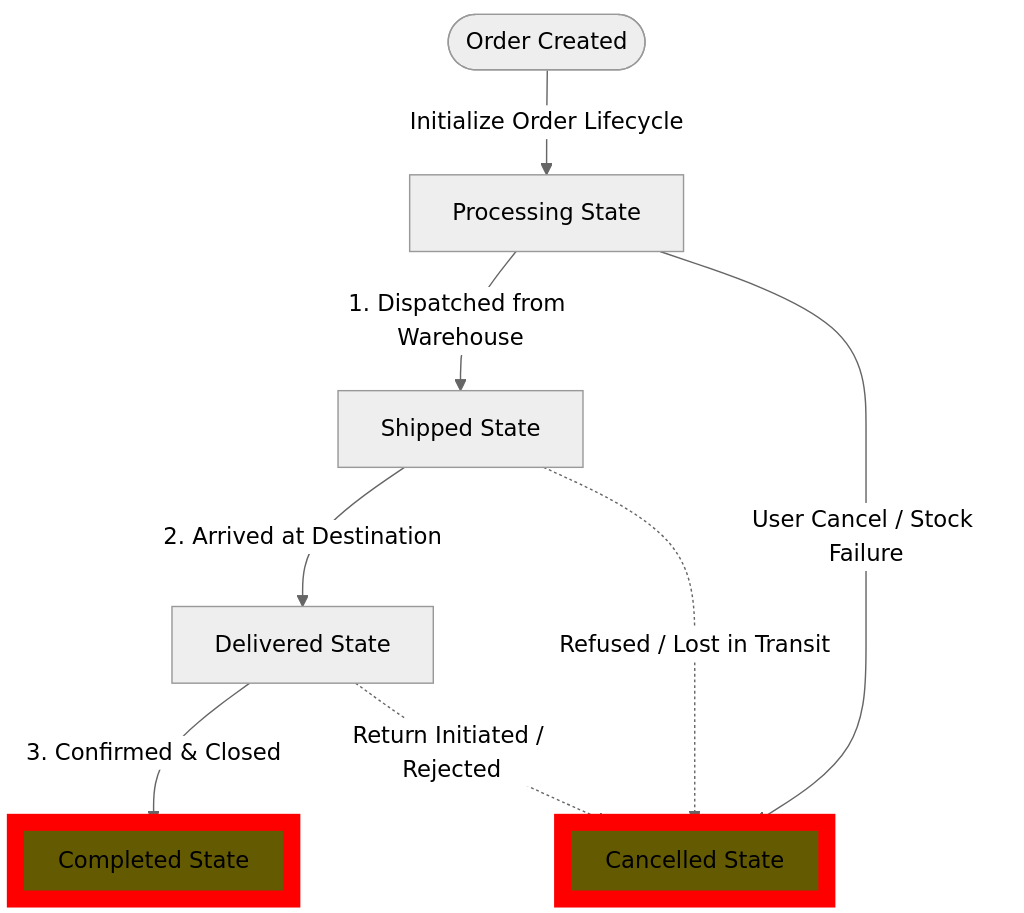
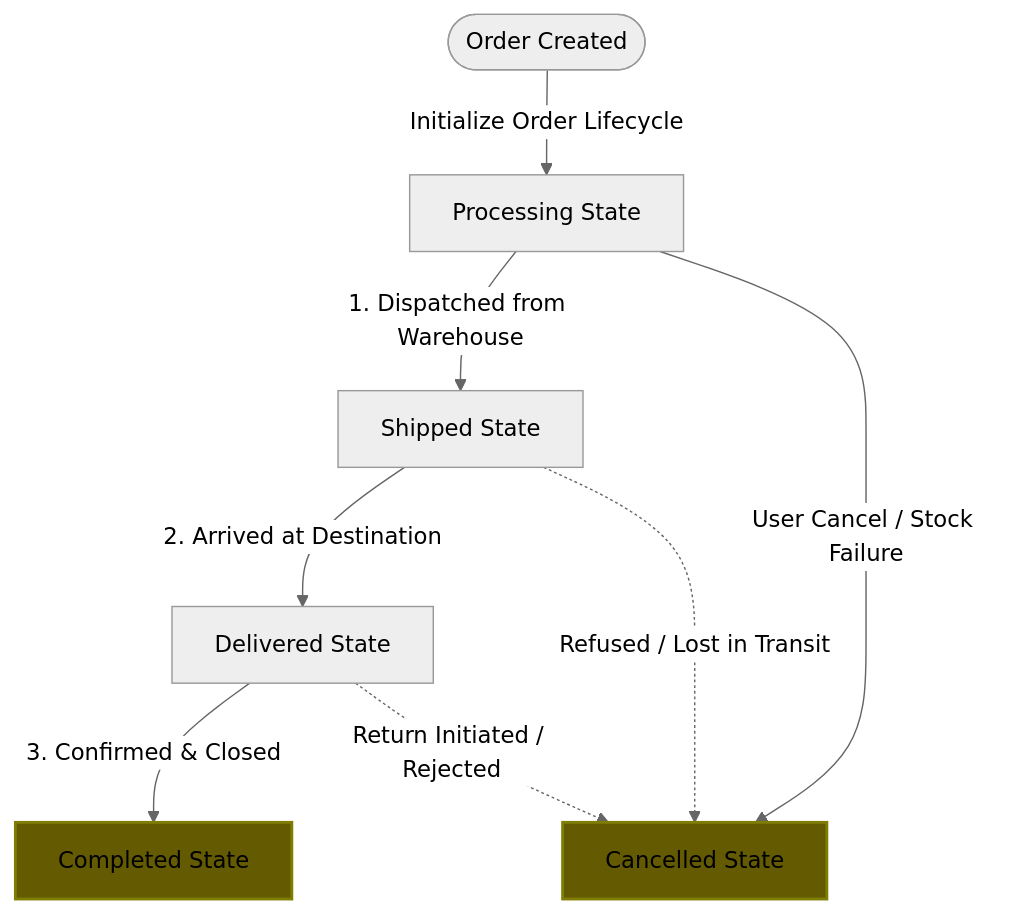
One commit to yewess97/Grace changed the fifth of 11 diagrams in docs/11-project-workflow.md. Above: the diagram before and after it, drawn with Mermaid (neutral theme).

````diff
--- a/docs/11-project-workflow.md
+++ b/docs/11-project-workflow.md
@@ -204,26 +204,26 @@
 ```mermaid
 flowchart TD
     %% Nodes
     Start([Order Created])
     Proc[Processing State]
     Ship[Shipped State]
     Deliv[Delivered State]
     Comp[Completed State]
     Cancel[Cancelled State]
 
     %% Main Success Path (Happy Path)
     Start -->|Initialize Order Lifecycle| Proc
     Proc -->|1. Dispatched from Warehouse| Ship
     Ship -->|2. Arrived at Destination| Deliv
     Deliv -->|3. Confirmed & Closed| Comp
 
     %% Exception Handling (Cancellation Paths)
     Proc --->|User Cancel / Stock Failure| Cancel
     Ship -.->|Refused / Lost in Transit| Cancel
     Deliv -.->|Return Initiated / Rejected| Cancel
 
     %% Terminal States Styling Context
-    classDef terminal fill:#635a02,stroke:#ff0000,stroke-width:12px;
+    classDef terminal fill:#635a02,stroke:#7f7e00,stroke-width:2px;
     class Comp terminal;
     class Cancel terminal;
 ```
````
